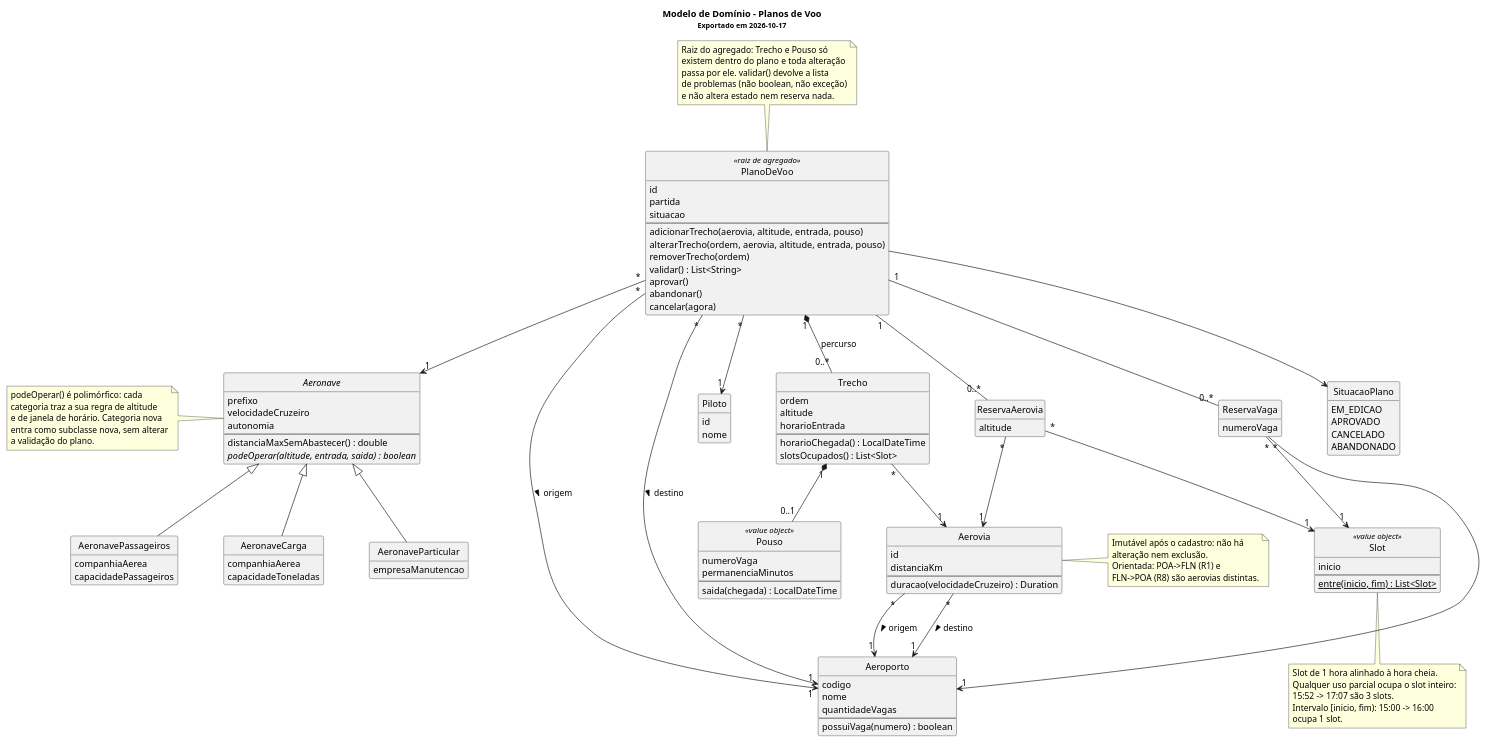
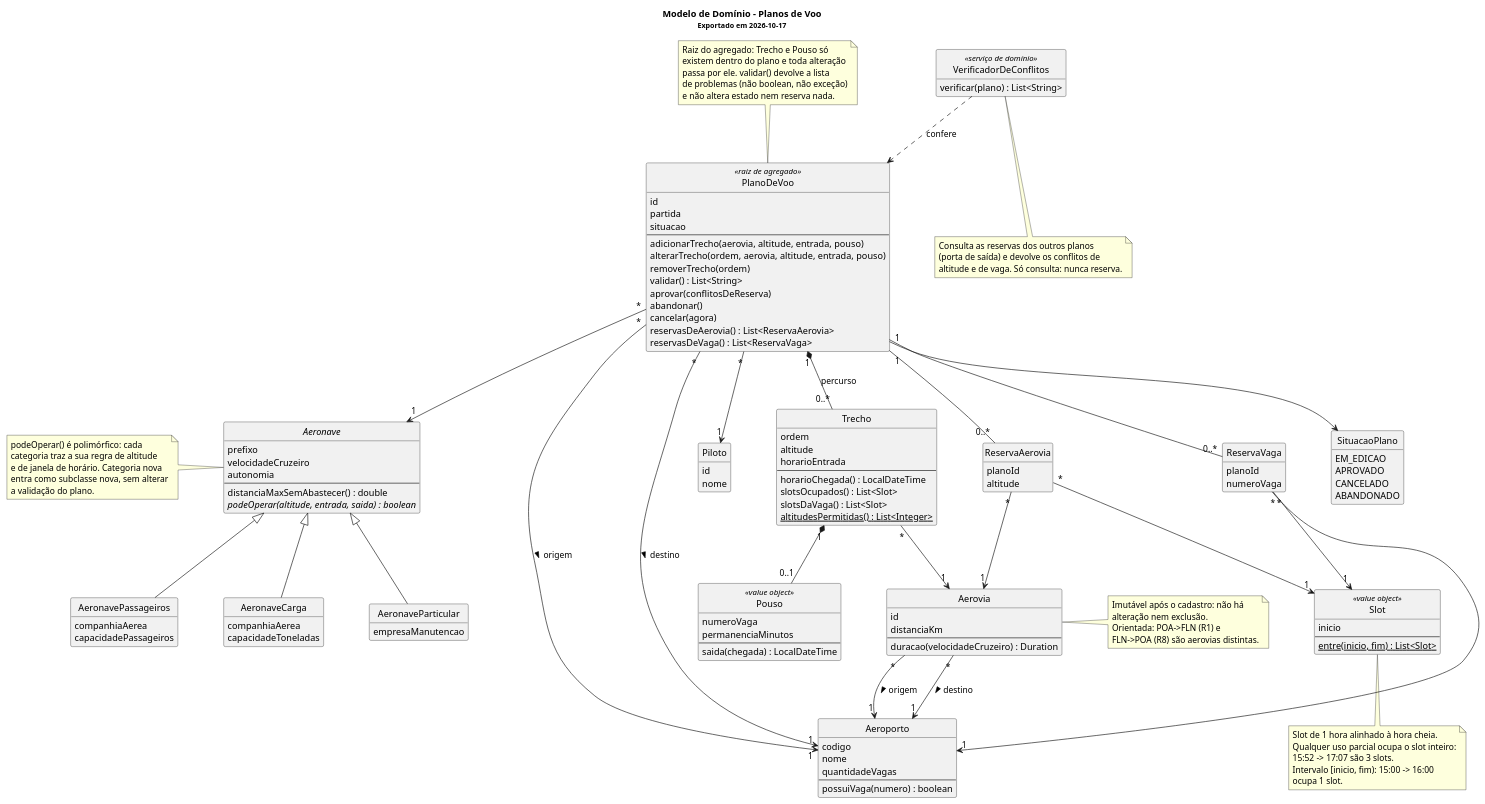
Before and after one commit to antoniocosta0/trabalho-projaq: the diagram in docs/dominio/modelo-dominio.puml, drawn with PlantUML. The commit also changed 1 other file, not shown here.

Commit message:
docs: update domain and component diagrams with reservations
Sources only: the exported PNGs still show the previous version and need to be re-exported with PlantUML.

```diff
--- a/docs/dominio/modelo-dominio.puml
+++ b/docs/dominio/modelo-dominio.puml
@@ -1,165 +1,182 @@
 @startuml
 ' Modelo de domínio - Sistema de Gestão de Planos de Voo
 ' PUCRS - Projeto e Arquitetura de Software - 2026/2 - turma 340
 ' Entrega de 05/10. Fonte versionada; o .png é exportado deste arquivo.
 
 title
   Modelo de Domínio - Planos de Voo
   <size:11>Exportado em 2026-10-17</size>
 end title
 hide circle
 hide empty members
 skinparam classAttributeIconSize 0
 skinparam shadowing false
 skinparam nodesep 70
 skinparam ranksep 70
 
 class Aeroporto {
   codigo
   nome
   quantidadeVagas
   --
   possuiVaga(numero) : boolean
 }
 
 class Aerovia {
   id
   distanciaKm
   --
   duracao(velocidadeCruzeiro) : Duration
 }
 
 note right of Aerovia
   Imutável após o cadastro: não há
   alteração nem exclusão.
   Orientada: POA->FLN (R1) e
   FLN->POA (R8) são aerovias distintas.
 end note
 
 class Piloto {
   id
   nome
 }
 
 abstract class Aeronave {
   prefixo
   velocidadeCruzeiro
   autonomia
   --
   distanciaMaxSemAbastecer() : double
   {abstract} podeOperar(altitude, entrada, saida) : boolean
 }
 
 note left of Aeronave
   podeOperar() é polimórfico: cada
   categoria traz a sua regra de altitude
   e de janela de horário. Categoria nova
   entra como subclasse nova, sem alterar
   a validação do plano.
 end note
 
 class AeronaveParticular {
   empresaManutencao
 }
 
 class AeronavePassageiros {
   companhiaAerea
   capacidadePassageiros
 }
 
 class AeronaveCarga {
   companhiaAerea
   capacidadeToneladas
 }
 
 class PlanoDeVoo <<raiz de agregado>> {
   id
   partida
   situacao
   --
   adicionarTrecho(aerovia, altitude, entrada, pouso)
   alterarTrecho(ordem, aerovia, altitude, entrada, pouso)
   removerTrecho(ordem)
   validar() : List<String>
-  aprovar()
+  aprovar(conflitosDeReserva)
   abandonar()
   cancelar(agora)
+  reservasDeAerovia() : List<ReservaAerovia>
+  reservasDeVaga() : List<ReservaVaga>
 }
 
 note top of PlanoDeVoo
   Raiz do agregado: Trecho e Pouso só
   existem dentro do plano e toda alteração
   passa por ele. validar() devolve a lista
   de problemas (não boolean, não exceção)
   e não altera estado nem reserva nada.
 end note
 
 class Trecho {
   ordem
   altitude
   horarioEntrada
   --
   horarioChegada() : LocalDateTime
   slotsOcupados() : List<Slot>
+  slotsDaVaga() : List<Slot>
+  {static} altitudesPermitidas() : List<Integer>
 }
 
 class Pouso <<value object>> {
   numeroVaga
   permanenciaMinutos
   --
   saida(chegada) : LocalDateTime
 }
 
 class Slot <<value object>> {
   inicio
   --
   {static} entre(inicio, fim) : List<Slot>
 }
 
 note bottom of Slot
   Slot de 1 hora alinhado à hora cheia.
   Qualquer uso parcial ocupa o slot inteiro:
   15:52 -> 17:07 são 3 slots.
   Intervalo [inicio, fim): 15:00 -> 16:00
   ocupa 1 slot.
 end note
 
 class ReservaAerovia {
+  planoId
   altitude
 }
 
 class ReservaVaga {
+  planoId
   numeroVaga
 }
+
+class VerificadorDeConflitos <<serviço de domínio>> {
+  verificar(plano) : List<String>
+}
+
+note bottom of VerificadorDeConflitos
+  Consulta as reservas dos outros planos
+  (porta de saída) e devolve os conflitos de
+  altitude e de vaga. Só consulta: nunca reserva.
+end note
 
 enum SituacaoPlano {
   EM_EDICAO
   APROVADO
   CANCELADO
   ABANDONADO
 }
 
 Aerovia "*" --> "1" Aeroporto : origem >
 Aerovia "*" --> "1" Aeroporto : destino >
 
 Aeronave <|-- AeronaveParticular
 Aeronave <|-- AeronavePassageiros
 Aeronave <|-- AeronaveCarga
 
 PlanoDeVoo "*" --> "1" Piloto
 PlanoDeVoo "*" --> "1" Aeronave
 PlanoDeVoo "*" --> "1" Aeroporto : origem >
 PlanoDeVoo "*" --> "1" Aeroporto : destino >
 PlanoDeVoo --> SituacaoPlano
 PlanoDeVoo "1" *-- "0..*" Trecho : percurso
 Trecho "*" --> "1" Aerovia
 Trecho "1" *-- "0..1" Pouso
 
 PlanoDeVoo "1" -- "0..*" ReservaAerovia
 PlanoDeVoo "1" -- "0..*" ReservaVaga
 ReservaAerovia "*" --> "1" Aerovia
 ReservaAerovia "*" --> "1" Slot
 ReservaVaga "*" --> "1" Aeroporto
 ReservaVaga "*" --> "1" Slot
+VerificadorDeConflitos ..> PlanoDeVoo : confere
 
 @enduml
```
